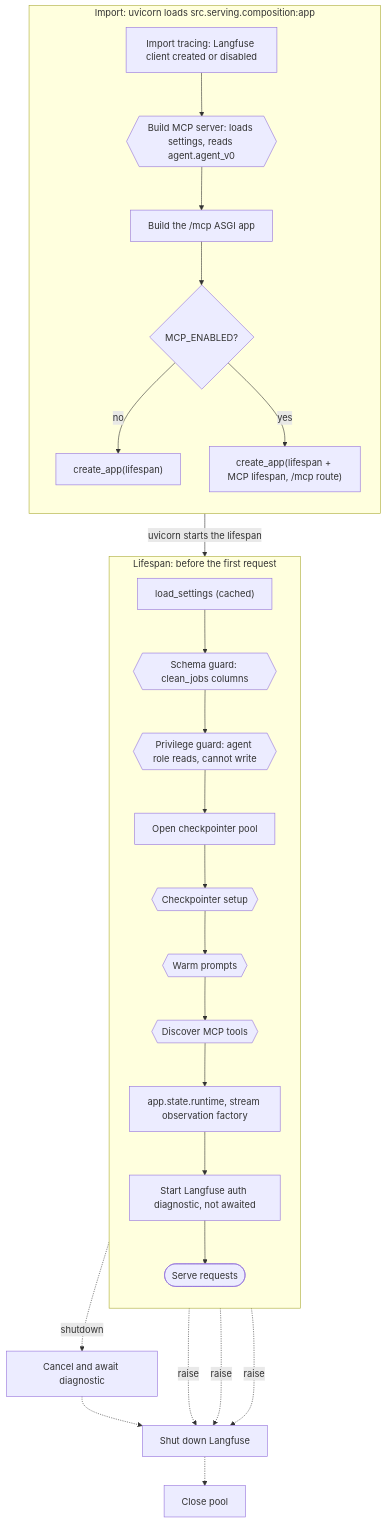
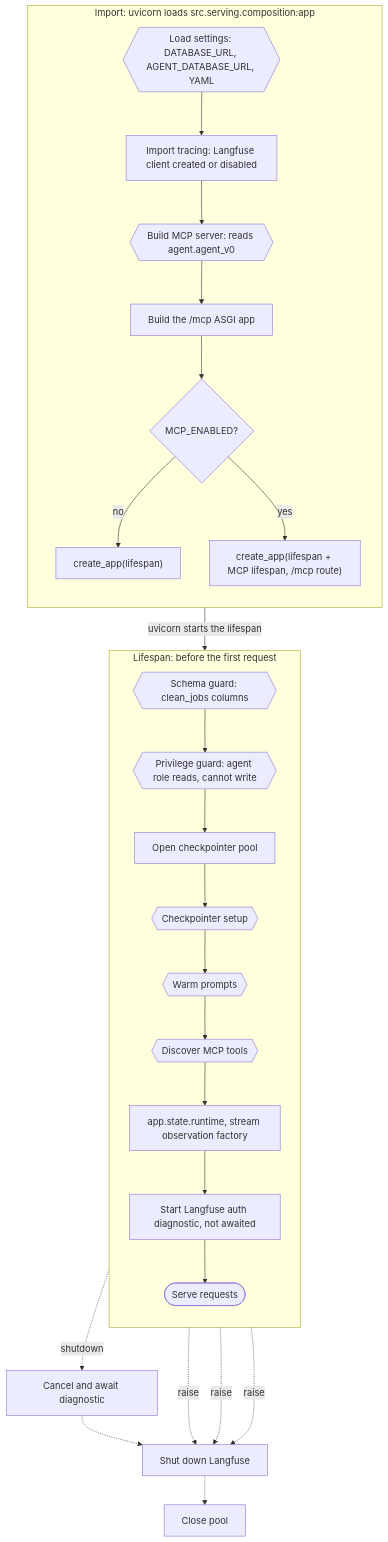
Before and after one commit to Park-Hip/InternHunterAgent: the diagram in docs/modules/composition.md, drawn with Mermaid. The commit also changed other lines of this file and 3 other files, not shown here.

````diff
--- a/docs/modules/composition.md
+++ b/docs/modules/composition.md
@@ -52,28 +52,29 @@
 ```mermaid
 flowchart TD
     subgraph IMPORT["Import: uvicorn loads src.serving.composition:app"]
         direction TB
-        I1["Import tracing: Langfuse client created or disabled"] --> I2{{"Build MCP server: loads settings, reads agent.agent_v0"}}
+        I0{{"Load settings: DATABASE_URL, AGENT_DATABASE_URL, YAML"}} --> I1["Import tracing: Langfuse client created or disabled"]
+        I1 --> I2{{"Build MCP server: reads agent.agent_v0"}}
         I2 --> I3["Build the /mcp ASGI app"]
         I3 --> I4{"MCP_ENABLED?"}
         I4 -->|no| A1["create_app(lifespan)"]
         I4 -->|yes| A2["create_app(lifespan + MCP lifespan, /mcp route)"]
     end
     subgraph LIFESPAN["Lifespan: before the first request"]
         direction TB
-        L1["load_settings (cached)"] --> L2{{"Schema guard: clean_jobs columns"}}
+        L2{{"Schema guard: clean_jobs columns"}}
         L2 --> L3{{"Privilege guard: agent role reads, cannot write"}}
         L3 --> L4["Open checkpointer pool"]
         L4 --> L5{{"Checkpointer setup"}}
         L5 --> L6{{"Warm prompts"}}
         L6 --> L7{{"Discover MCP tools"}}
         L7 --> L8["app.state.runtime, stream observation factory"]
         L8 --> L9["Start Langfuse auth diagnostic, not awaited"]
         L9 --> SERVE(["Serve requests"])
     end
     IMPORT -->|"uvicorn starts the lifespan"| LIFESPAN
     SERVE -.->|shutdown| T1["Cancel and await diagnostic"]
     T1 -.-> T2["Shut down Langfuse"]
     T2 -.-> T3["Close pool"]
     L5 & L6 & L7 -.->|raise| T2
 ```
````
